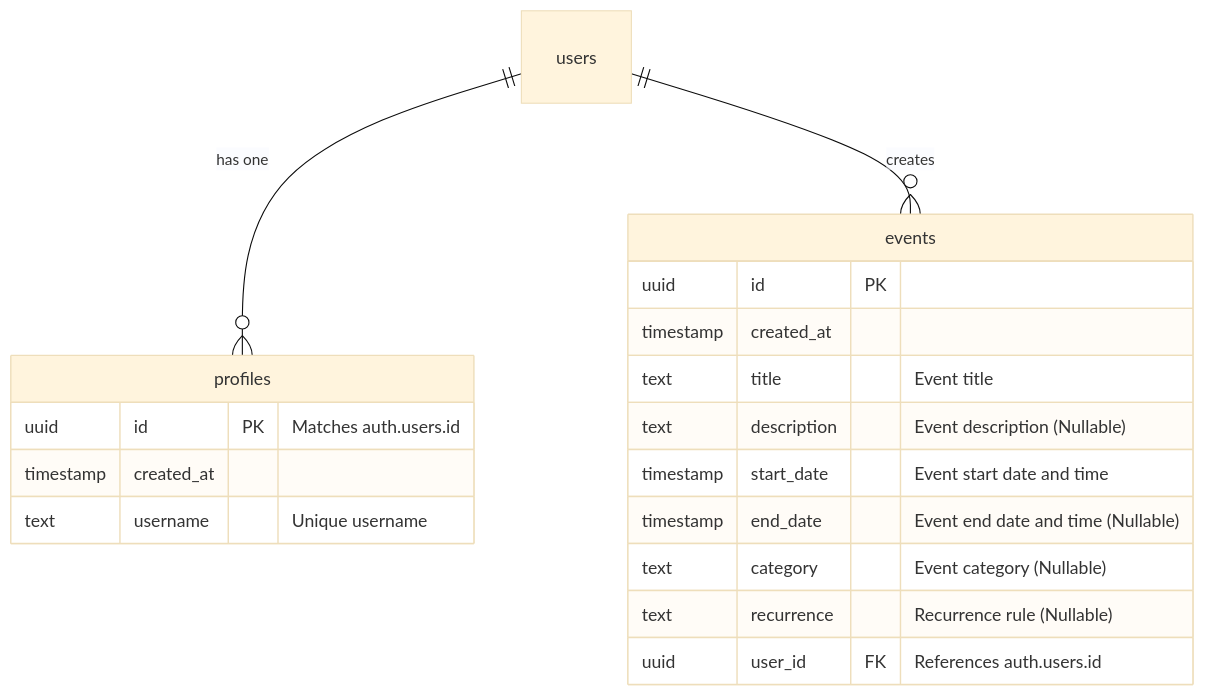
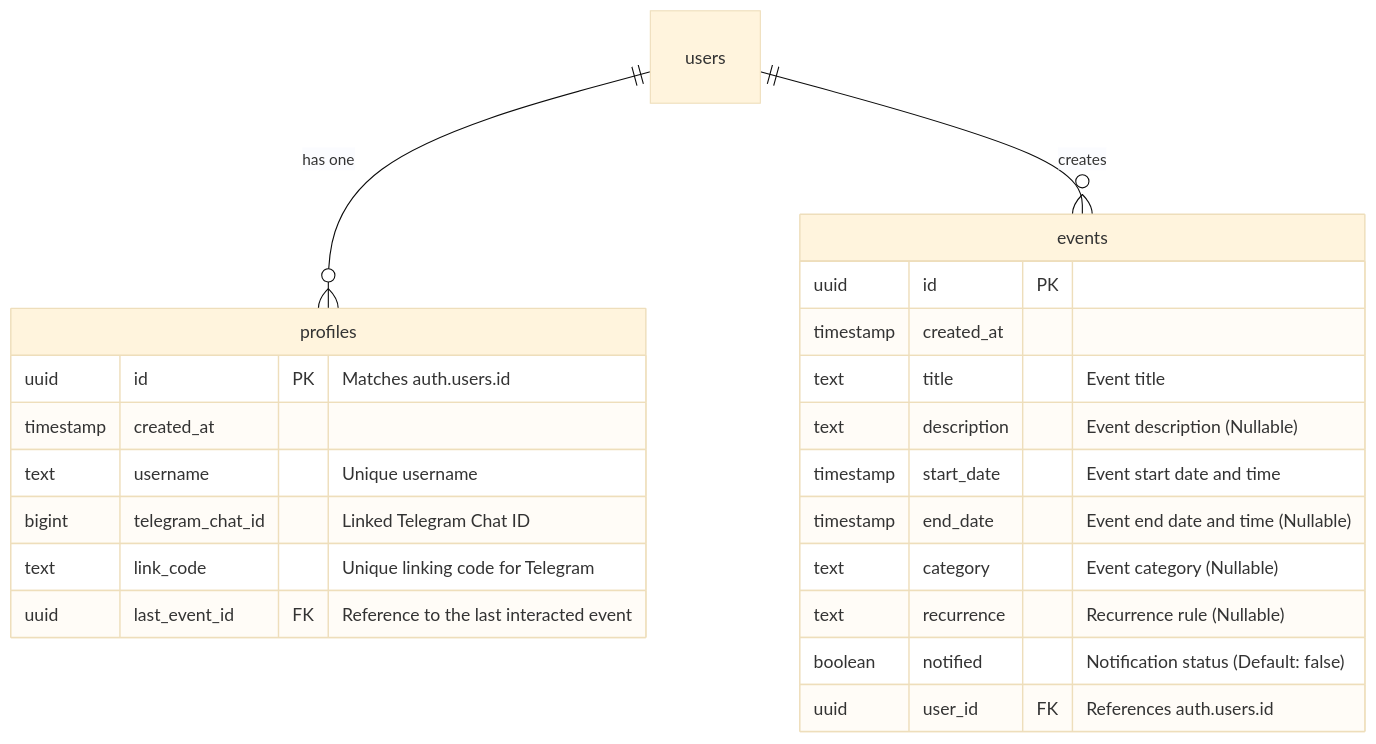
One commit to MPK2004/Smart-Scheduling changed the diagram in README.md. Above: the diagram before and after it, drawn with Mermaid (base theme). The commit also changed other lines of this file, not shown here.

````diff
--- a/README.md
+++ b/README.md
@@ -34,23 +41,27 @@
 ```mermaid
 erDiagram
     users ||--o{ profiles : "has one"
     users ||--o{ events : "creates"
 
     profiles {
         uuid id PK "Matches auth.users.id"
         timestamp created_at
         text username "Unique username"
+        bigint telegram_chat_id "Linked Telegram Chat ID"
+        text link_code "Unique linking code for Telegram"
+        uuid last_event_id FK "Reference to the last interacted event"
     }
 
     events {
         uuid id PK
         timestamp created_at
         text title "Event title"
         text description "Event description (Nullable)"
         timestamp start_date "Event start date and time"
         timestamp end_date "Event end date and time (Nullable)"
         text category "Event category (Nullable)"
         text recurrence "Recurrence rule (Nullable)"
+        boolean notified "Notification status (Default: false)"
         uuid user_id FK "References auth.users.id"
     }
 ```
````
